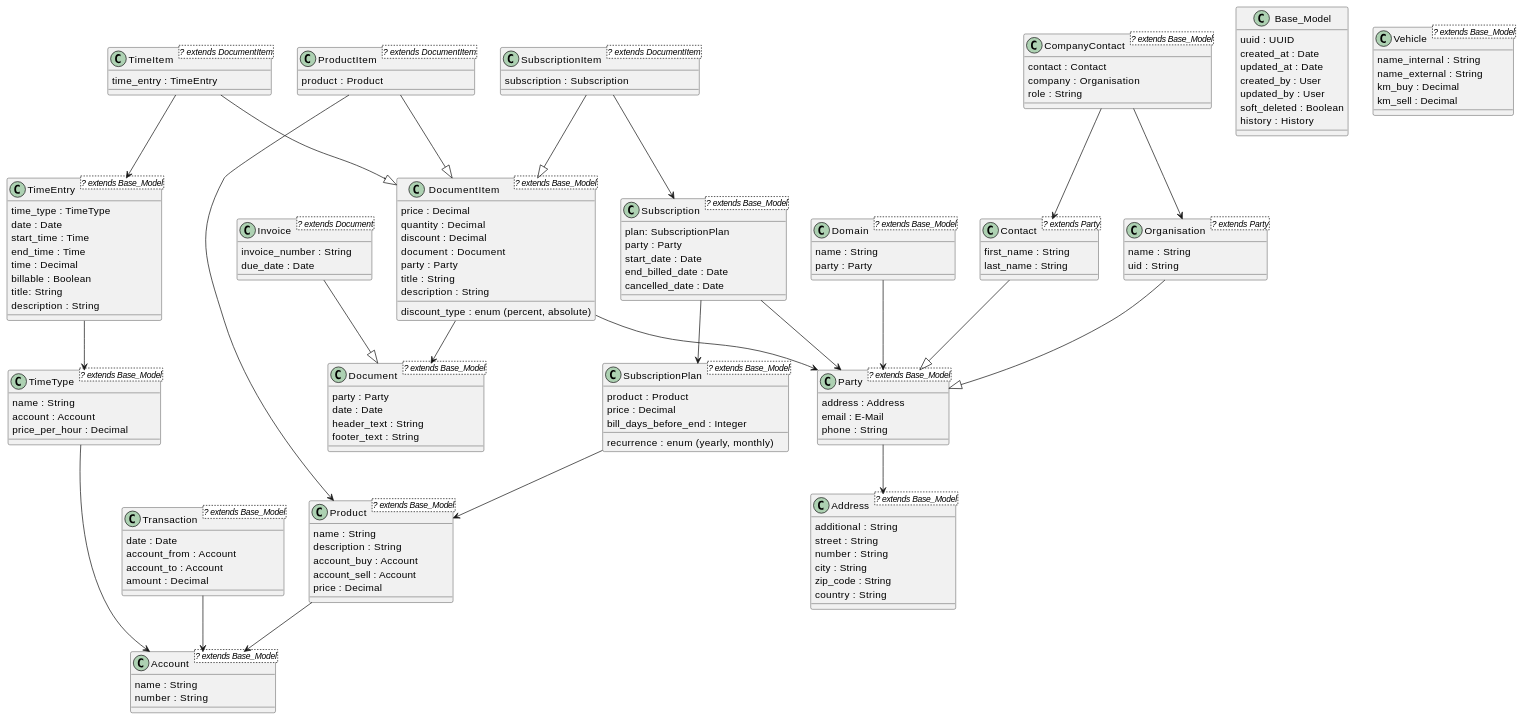
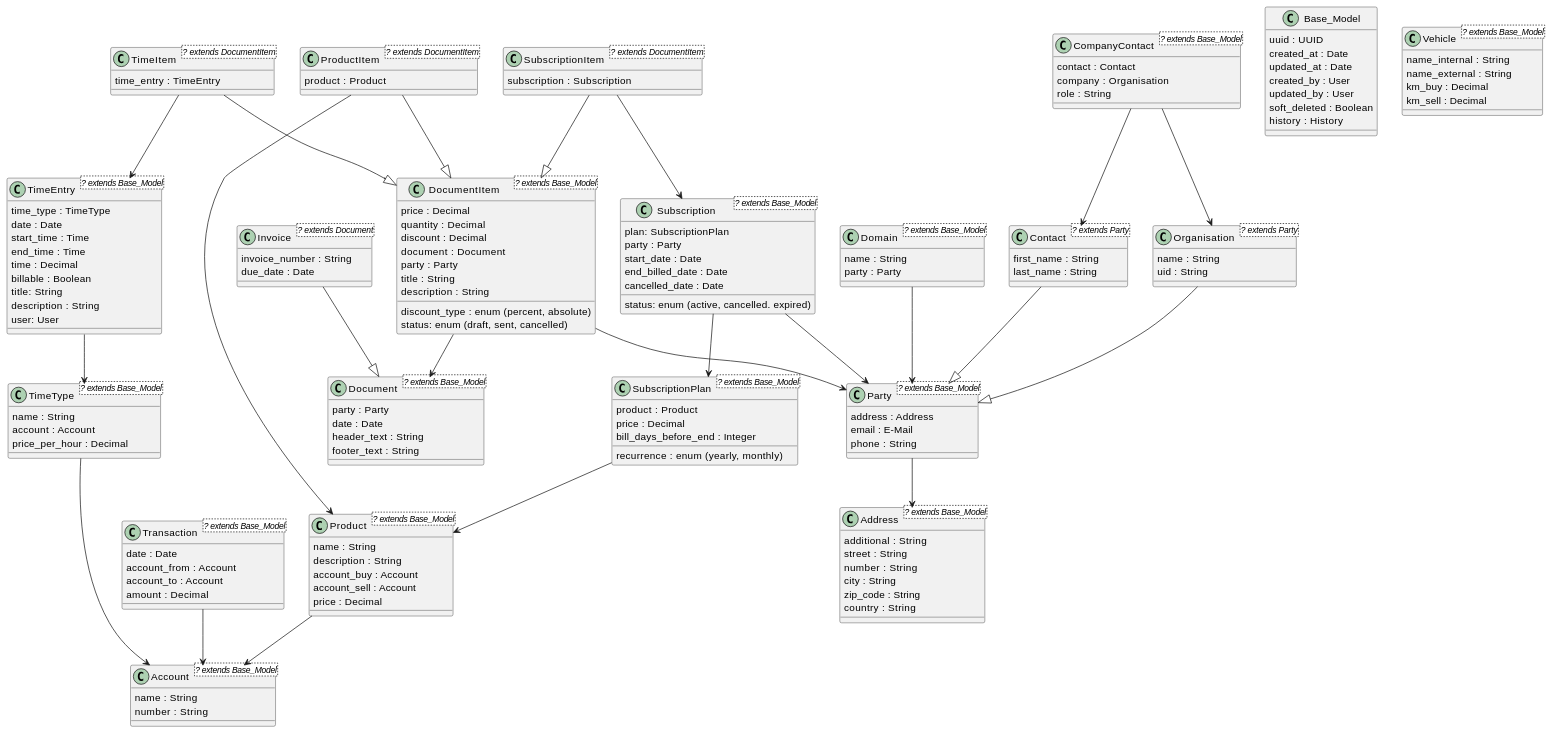
One commit to Buffet-IT-Services/CycleInvoice changed the diagram in docs/class_diagram_new.md. Above: the diagram before and after it, drawn with PlantUML.

Commit message:
docs(Class Diagram): updated new class diagram

```diff
--- a/docs/class_diagram_new.md
+++ b/docs/class_diagram_new.md
@@ -60,6 +60,7 @@
 party : Party
 title : String
 description : String
+status: enum (draft, sent, cancelled)
 }
 DocumentItem --> Party
 DocumentItem --> Document
@@ -91,6 +92,7 @@
     billable : Boolean
     title: String
     description : String
+    user: User
 }
 TimeEntry -> TimeType
 
@@ -128,6 +130,7 @@
 start_date : Date
 end_billed_date : Date
 cancelled_date : Date
+status: enum (active, cancelled. expired)
 }
 Subscription --> SubscriptionPlan
 Subscription --> Party
```
